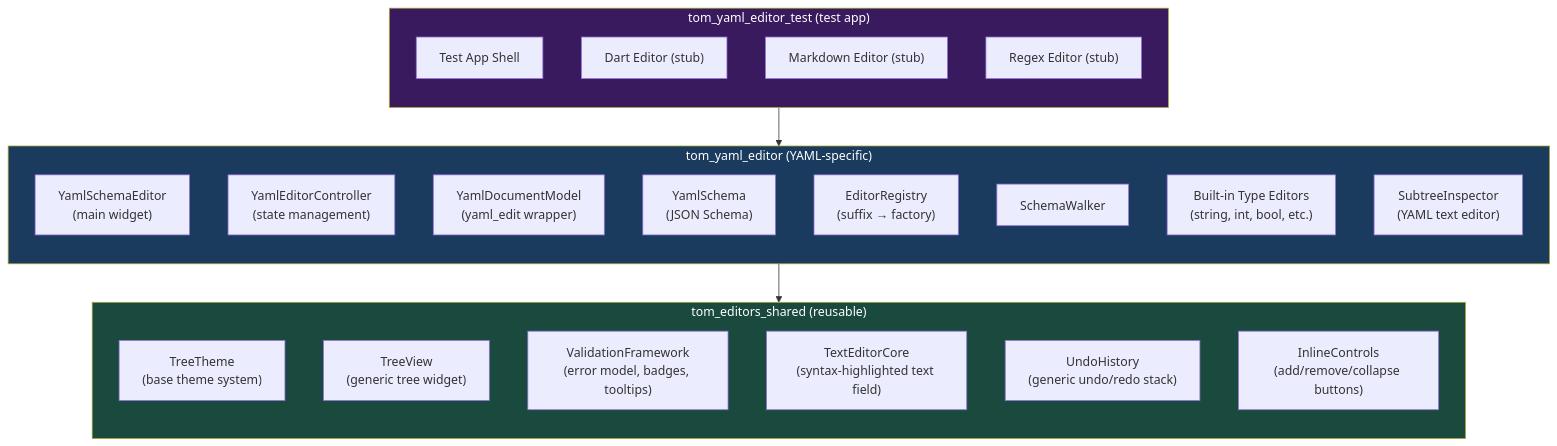
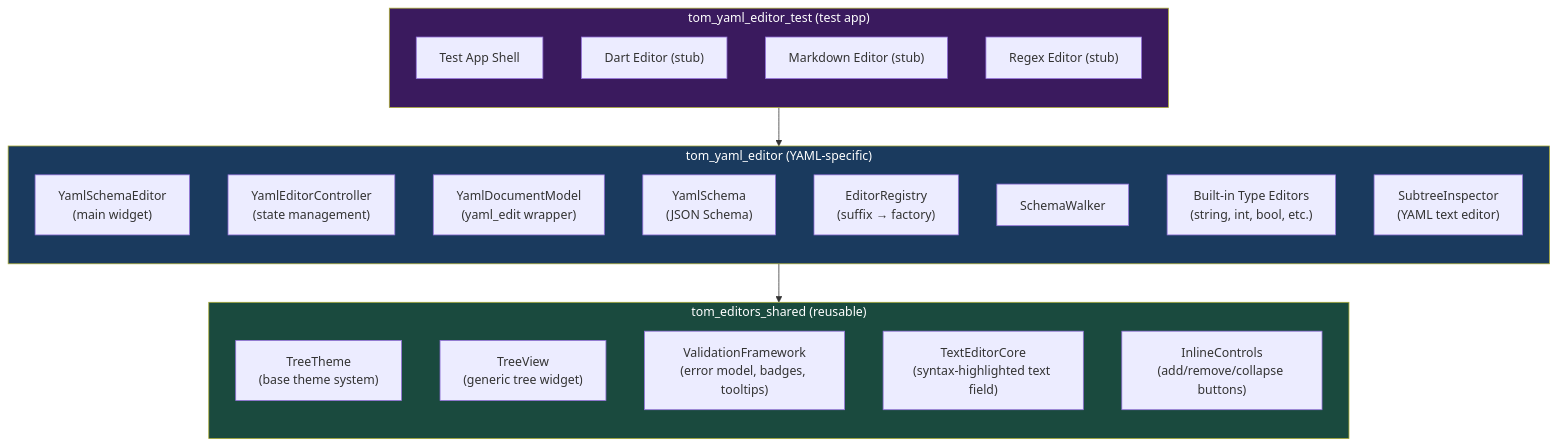
Before and after one commit to al-the-bear/tom_forge_modules: the first of 19 diagrams in tom_yaml_editor/doc/yaml_editor_architecture_design.md, drawn with Mermaid. The commit also changed other lines of this file and 25 other files, not shown here.

First line of the commit message:
One undo stack: ForgeUndoStack, and every editor history on it

````diff
--- a/tom_yaml_editor/doc/yaml_editor_architecture_design.md
+++ b/tom_yaml_editor/doc/yaml_editor_architecture_design.md
@@ -27,39 +27,38 @@
 ```mermaid
 graph TD
     subgraph tom_editors_shared["tom_editors_shared (reusable)"]
         direction TB
         TH["TreeTheme\n(base theme system)"]
         TV["TreeView\n(generic tree widget)"]
         VF["ValidationFramework\n(error model, badges, tooltips)"]
         TE["TextEditorCore\n(syntax-highlighted text field)"]
-        UH["UndoHistory\n(generic undo/redo stack)"]
         IC["InlineControls\n(add/remove/collapse buttons)"]
     end
 
     subgraph tom_yaml_editor["tom_yaml_editor (YAML-specific)"]
         direction TB
         YSE["YamlSchemaEditor\n(main widget)"]
         YEC["YamlEditorController\n(state management)"]
         YDM["YamlDocumentModel\n(yaml_edit wrapper)"]
         YS["YamlSchema\n(JSON Schema)"]
         ER["EditorRegistry\n(suffix → factory)"]
         SW["SchemaWalker"]
         BTE["Built-in Type Editors\n(string, int, bool, etc.)"]
         SI["SubtreeInspector\n(YAML text editor)"]
     end
 
     subgraph tom_yaml_editor_test["tom_yaml_editor_test (test app)"]
         direction TB
         TA["Test App Shell"]
         DE["Dart Editor (stub)"]
         ME["Markdown Editor (stub)"]
         RE["Regex Editor (stub)"]
     end
 
     tom_yaml_editor --> tom_editors_shared
     tom_yaml_editor_test --> tom_yaml_editor
 
     style tom_editors_shared fill:#1a4a3e,color:#fff
     style tom_yaml_editor fill:#1a3a5e,color:#fff
     style tom_yaml_editor_test fill:#3a1a5e,color:#fff
 ```
````
